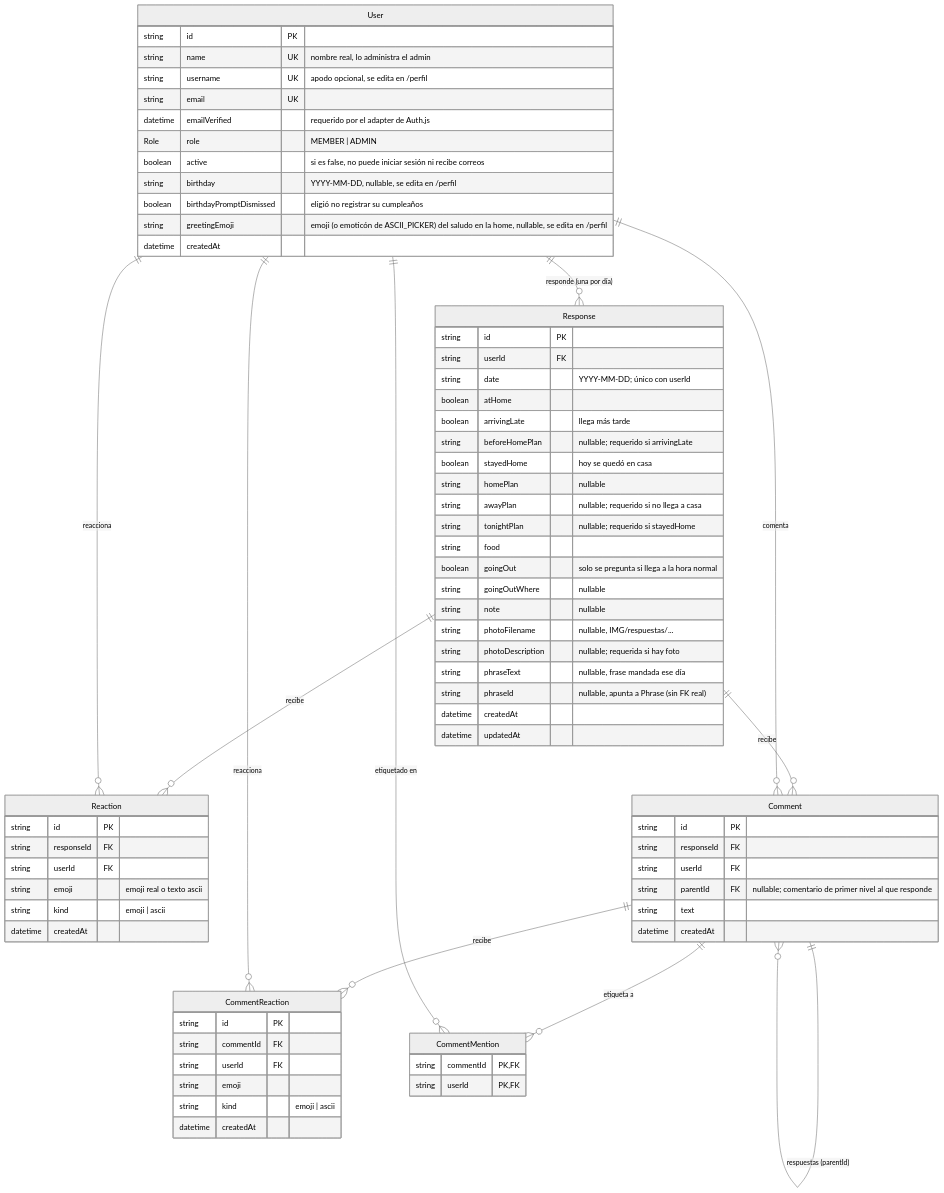
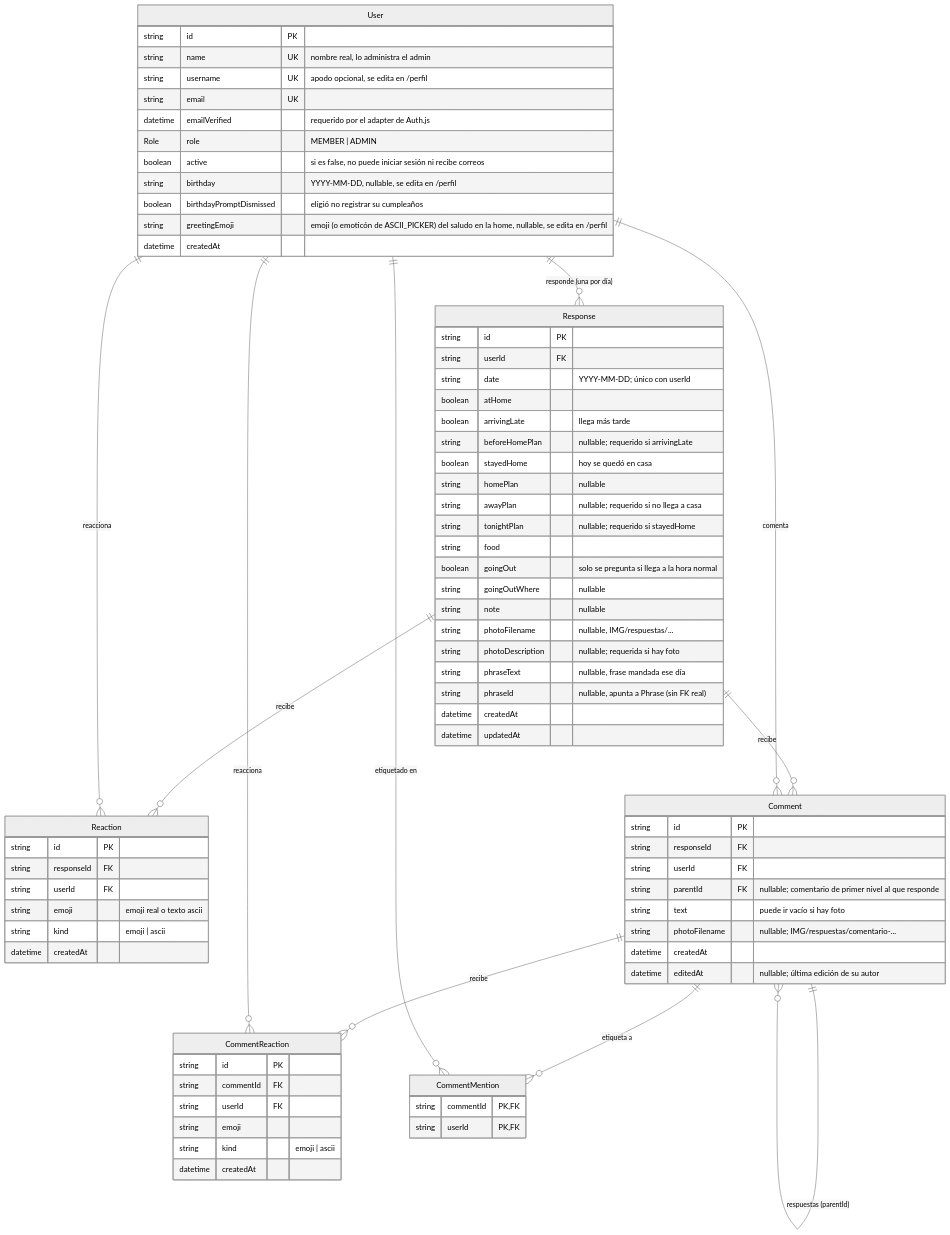
One commit to rominavc99/wygh-public changed the first of 3 diagrams in docs/BASE-DE-DATOS.md. Above: the diagram before and after it, drawn with Mermaid (neutral theme). The commit also changed 9 other files, not shown here.

```diff
--- a/docs/BASE-DE-DATOS.md
+++ b/docs/BASE-DE-DATOS.md
@@ -80,8 +80,10 @@
         string responseId FK
         string userId FK
         string parentId FK "nullable; comentario de primer nivel al que responde"
-        string text
+        string text "puede ir vacío si hay foto"
+        string photoFilename "nullable; IMG/respuestas/comentario-..."
         datetime createdAt
+        datetime editedAt "nullable; última edición de su autor"
     }
 
     CommentMention {
```
